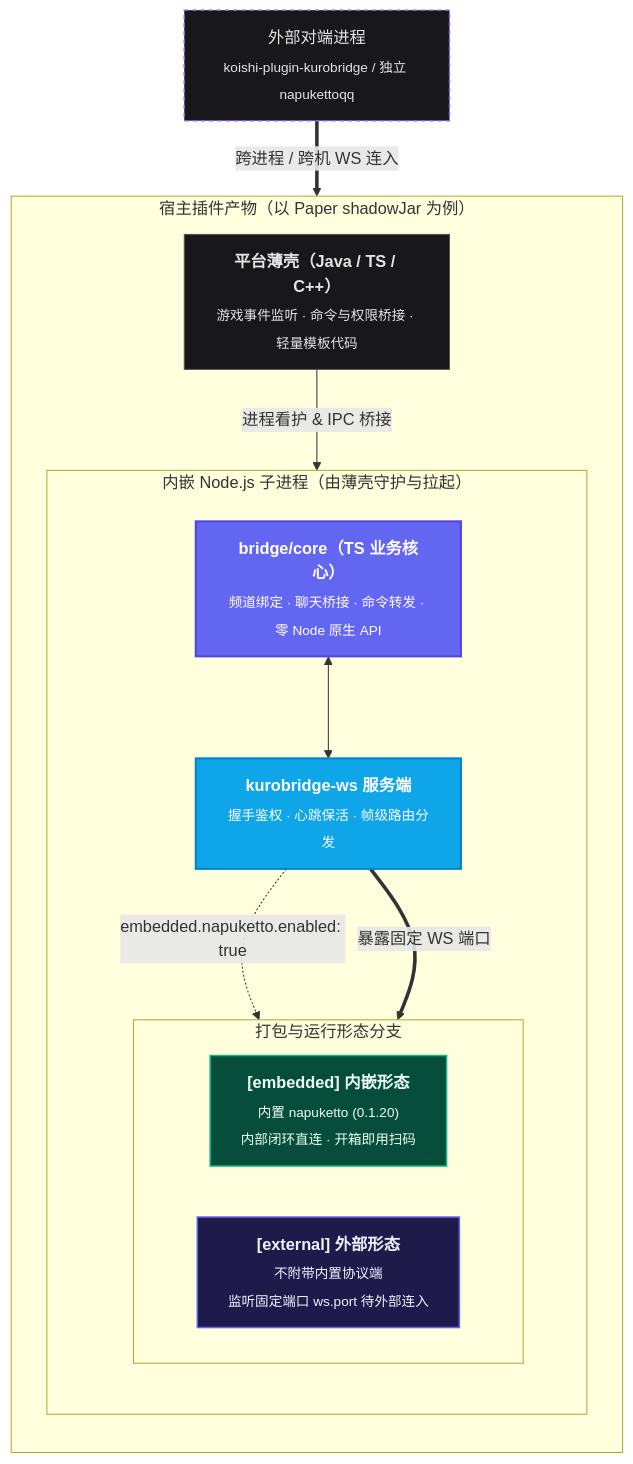
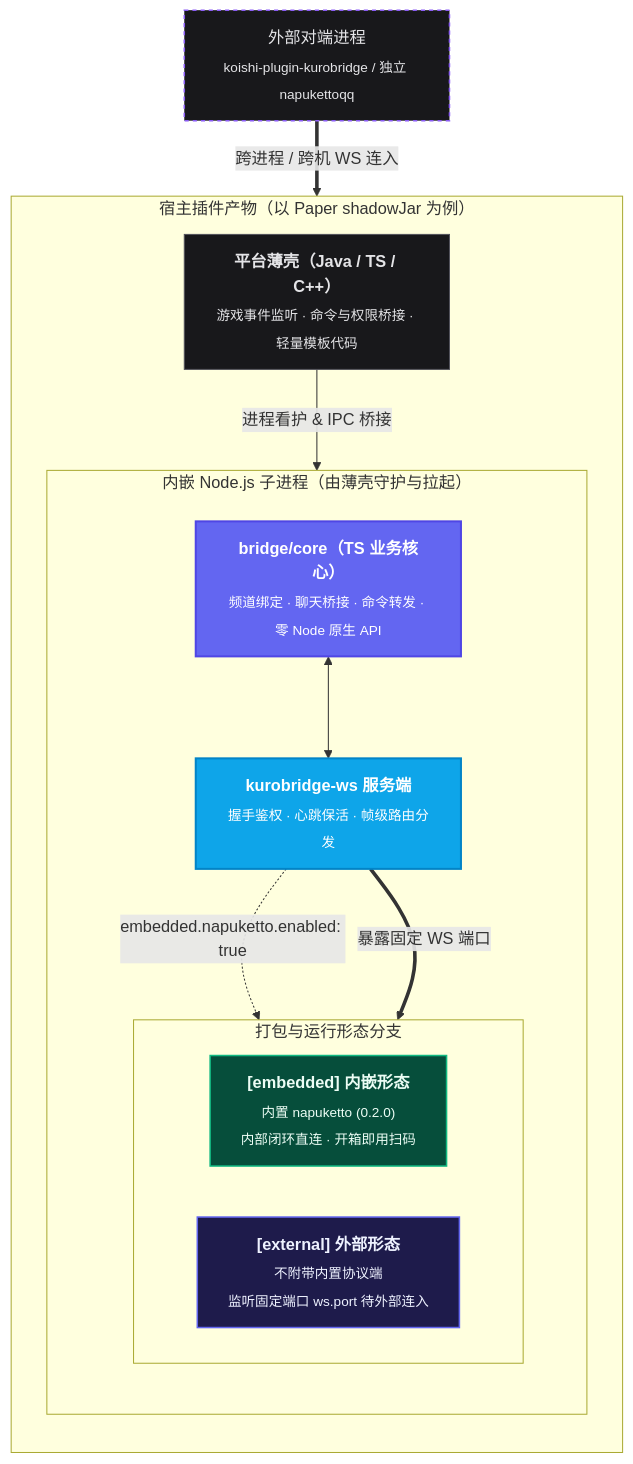
Before and after one commit to Kuro-Bridge/KuroAdapter: the second of 2 diagrams in readme.md, drawn with Mermaid. The commit also changed other lines of this file and 28 other files, not shown here.

````diff
--- a/readme.md
+++ b/readme.md
@@ -100,35 +101,35 @@
 ```mermaid
 flowchart TB
     subgraph Host ["宿主插件产物（以 Paper shadowJar 为例）"]
         direction TB
         Shell["<b>平台薄壳（Java / TS / C++）</b><br/><sub>游戏事件监听 · 命令与权限桥接 · 轻量模板代码</sub>"]
 
         subgraph Subproc ["内嵌 Node.js 子进程（由薄壳守护与拉起）"]
             direction TB
             Core["<b>bridge/core（TS 业务核心）</b><br/><sub>频道绑定 · 聊天桥接 · 命令转发 · 零 Node 原生 API</sub>"]
             WS["<b>kurobridge-ws 服务端</b><br/><sub>握手鉴权 · 心跳保活 · 帧级路由分发</sub>"]
             Core <--> WS
 
             subgraph Modes ["打包与运行形态分支"]
                 direction LR
-                Emb["<b>[embedded] 内嵌形态</b><br/><sub>内置 napuketto (0.1.20)<br/>内部闭环直连 · 开箱即用扫码</sub>"]
+                Emb["<b>[embedded] 内嵌形态</b><br/><sub>内置 napuketto (0.2.0)<br/>内部闭环直连 · 开箱即用扫码</sub>"]
                 Ext["<b>[external] 外部形态</b><br/><sub>不附带内置协议端<br/>监听固定端口 ws.port 待外部连入</sub>"]
             end
 
             WS -. "embedded.napuketto.enabled: true" .-> Emb
             WS == "暴露固定 WS 端口" ==> Ext
         end
 
         Shell -- "进程看护 & IPC 桥接" --> Core
     end
 
     ExtPeer["外部对端进程<br/><sub>koishi-plugin-kurobridge / 独立 napukettoqq</sub>"]
     ExtPeer == "跨进程 / 跨机 WS 连入" ==> Ext
 
     style Core fill:#6366F1,stroke:#4F46E5,color:#ffffff,stroke-width:2px
     style WS fill:#0EA5E9,stroke:#0284C7,color:#ffffff,stroke-width:2px
     style Emb fill:#064E3B,stroke:#10B981,color:#ECFDF5,stroke-width:1.5px
     style Ext fill:#1E1B4B,stroke:#6366F1,color:#EEF2FF,stroke-width:1.5px
     style Shell fill:#18181B,stroke:#52525B,color:#E4E4E7,stroke-width:1px
     style ExtPeer fill:#18181B,stroke:#8B5CF6,color:#E4E4E7,stroke-width:1.5px,stroke-dasharray: 4 4
 ```
````
